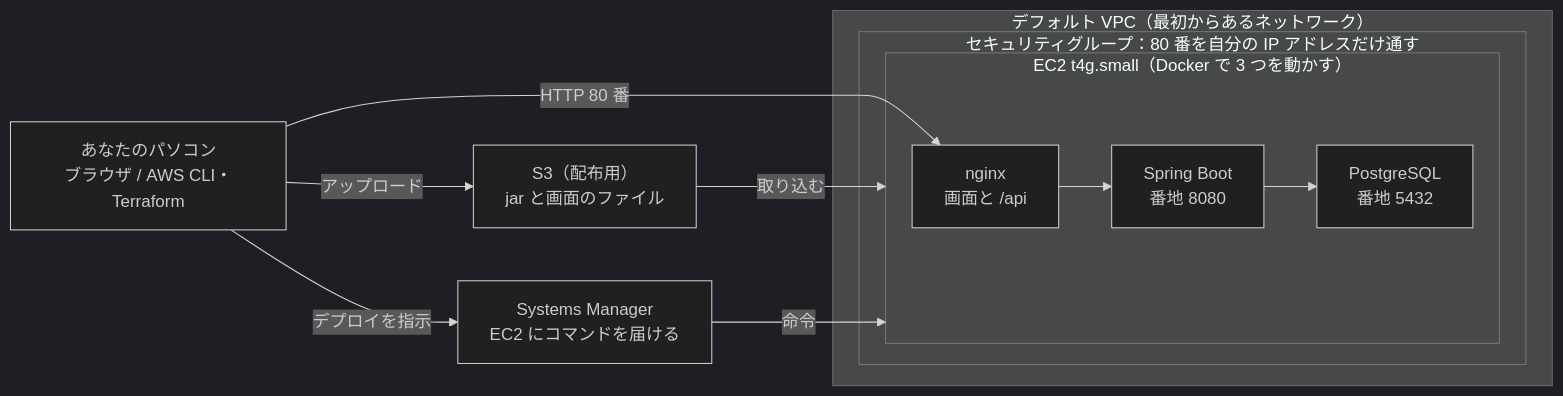
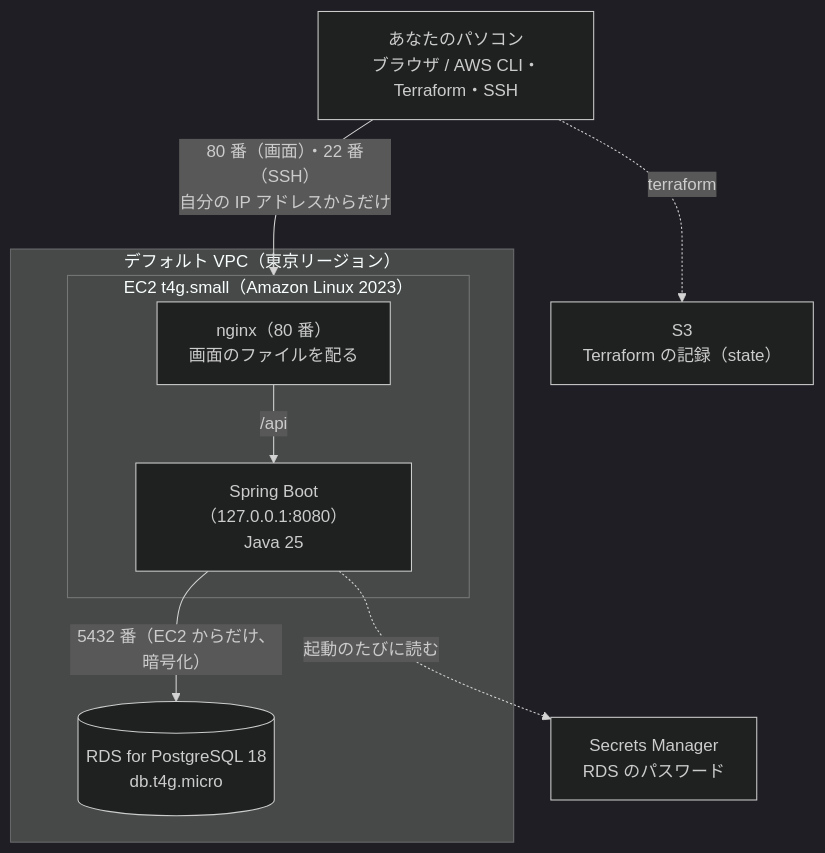
One commit to junji-sakamoto/taskmanegemento changed the diagram in docs/aws-deployment-guide.md. Above: the diagram before and after it, drawn with Mermaid (dark theme). The commit also changed other lines of this file and 1 other file, not shown here.

Commit message:
AWS デプロイガイドを今の構成と運用に合わせて書き直す。(#57)

````diff
--- a/docs/aws-deployment-guide.md
+++ b/docs/aws-deployment-guide.md
@@ -217,18 +21,16 @@
 ```mermaid
-flowchart LR
-    pc["あなたのパソコン<br/>ブラウザ / AWS CLI・Terraform"]
-    subgraph vpc["デフォルト VPC（最初からあるネットワーク）"]
-        subgraph sg["セキュリティグループ：80 番を自分の IP アドレスだけ通す"]
-            subgraph ec2["EC2 t4g.small（Docker で 3 つを動かす）"]
-                nginx["nginx<br/>画面と /api"] --> spring["Spring Boot<br/>番地 8080"] --> pg["PostgreSQL<br/>番地 5432"]
-            end
+flowchart TB
+    pc["あなたのパソコン<br/>ブラウザ / AWS CLI・Terraform・SSH"]
+    subgraph vpc["デフォルト VPC（東京リージョン）"]
+        subgraph ec2["EC2 t4g.small（Amazon Linux 2023）"]
+            nginx["nginx（80 番）<br/>画面のファイルを配る"] -- "/api" --> spring["Spring Boot（127.0.0.1:8080）<br/>Java 25"]
         end
+        rds[("RDS for PostgreSQL 18<br/>db.t4g.micro")]
     end
-    s3["S3（配布用）<br/>jar と画面のファイル"]
-    ssm["Systems Manager<br/>EC2 にコマンドを届ける"]
-    pc -- "HTTP 80 番" --> nginx
-    pc -- "アップロード" --> s3
-    pc -- "デプロイを指示" --> ssm
-    s3 -- "取り込む" --> ec2
-    ssm -- "命令" --> ec2
+    secrets["Secrets Manager<br/>RDS のパスワード"]
+    s3["S3<br/>Terraform の記録（state）"]
+    pc -- "80 番（画面）・22 番（SSH）<br/>自分の IP アドレスからだけ" --> ec2
+    spring -- "5432 番（EC2 からだけ、暗号化）" --> rds
+    spring -. "起動のたびに読む" .-> secrets
+    pc -. "terraform" .-> s3
 ```
````
